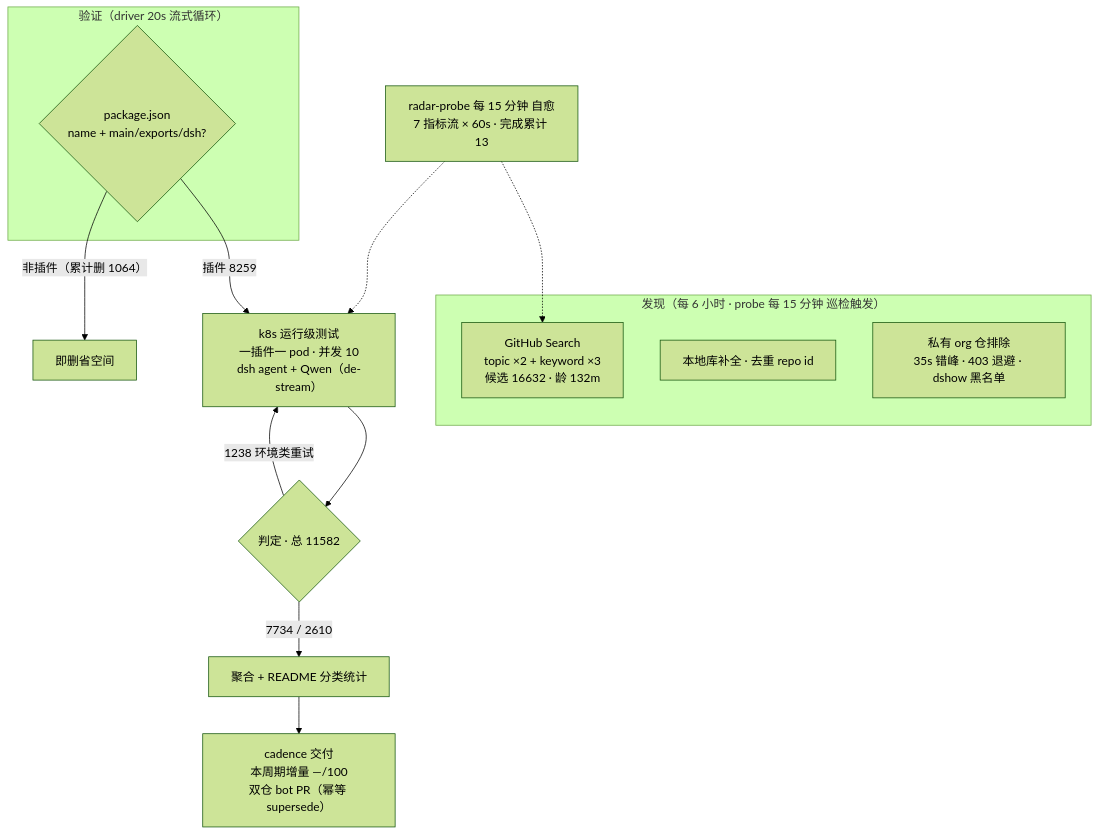
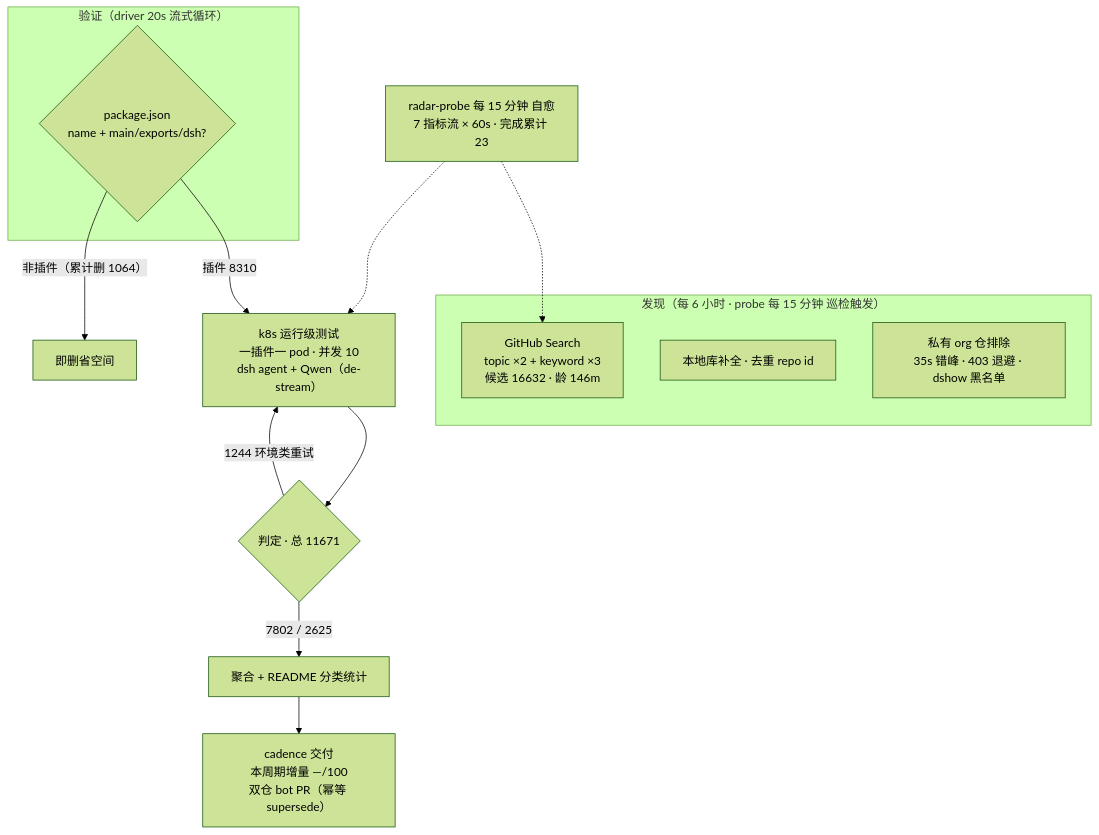
Before and after one commit to Zhidao-Lab-OSS/awesome-dsh-plugins: the diagram in README.md, drawn with Mermaid (forest theme). The commit also changed other lines of this file and 1 other file, not shown here.

````diff
--- a/README.md
+++ b/README.md
@@ -52,20 +52,20 @@
 ```mermaid
 flowchart TB
     subgraph Discovery["发现（每 6 小时 · probe 每 15 分钟 巡检触发）"]
-        A1["GitHub Search<br/>topic ×2 + keyword ×3<br/>候选 16632 · 龄 132m"]
+        A1["GitHub Search<br/>topic ×2 + keyword ×3<br/>候选 16632 · 龄 146m"]
         A2["本地库补全 · 去重 repo id"]
         A3["私有 org 仓排除<br/>35s 错峰 · 403 退避 · dshow 黑名单"]
     end
     subgraph Validation["验证（driver 20s 流式循环）"]
         B1{"package.json<br/>name + main/exports/dsh?"}
     end
-    B1 -->|"插件 8259"| C1["k8s 运行级测试<br/>一插件一 pod · 并发 10<br/>dsh agent + Qwen（de-stream）"]
+    B1 -->|"插件 8310"| C1["k8s 运行级测试<br/>一插件一 pod · 并发 10<br/>dsh agent + Qwen（de-stream）"]
     B1 -->|"非插件（累计删 1064）"| B3["即删省空间"]
-    C1 --> D1{"判定 · 总 11582"}
-    D1 -->|"7734 / 2610"| E1["聚合 + README 分类统计"]
-    D1 -->|"1238 环境类重试"| C1
+    C1 --> D1{"判定 · 总 11671"}
+    D1 -->|"7802 / 2625"| E1["聚合 + README 分类统计"]
+    D1 -->|"1244 环境类重试"| C1
     E1 --> E2["cadence 交付<br/>本周期增量 —/100<br/>双仓 bot PR（幂等 supersede）"]
-    M["radar-probe 每 15 分钟 自愈<br/>7 指标流 × 60s · 完成累计 13"]
+    M["radar-probe 每 15 分钟 自愈<br/>7 指标流 × 60s · 完成累计 23"]
     M -.-> A1
     M -.-> C1
 ```
````
